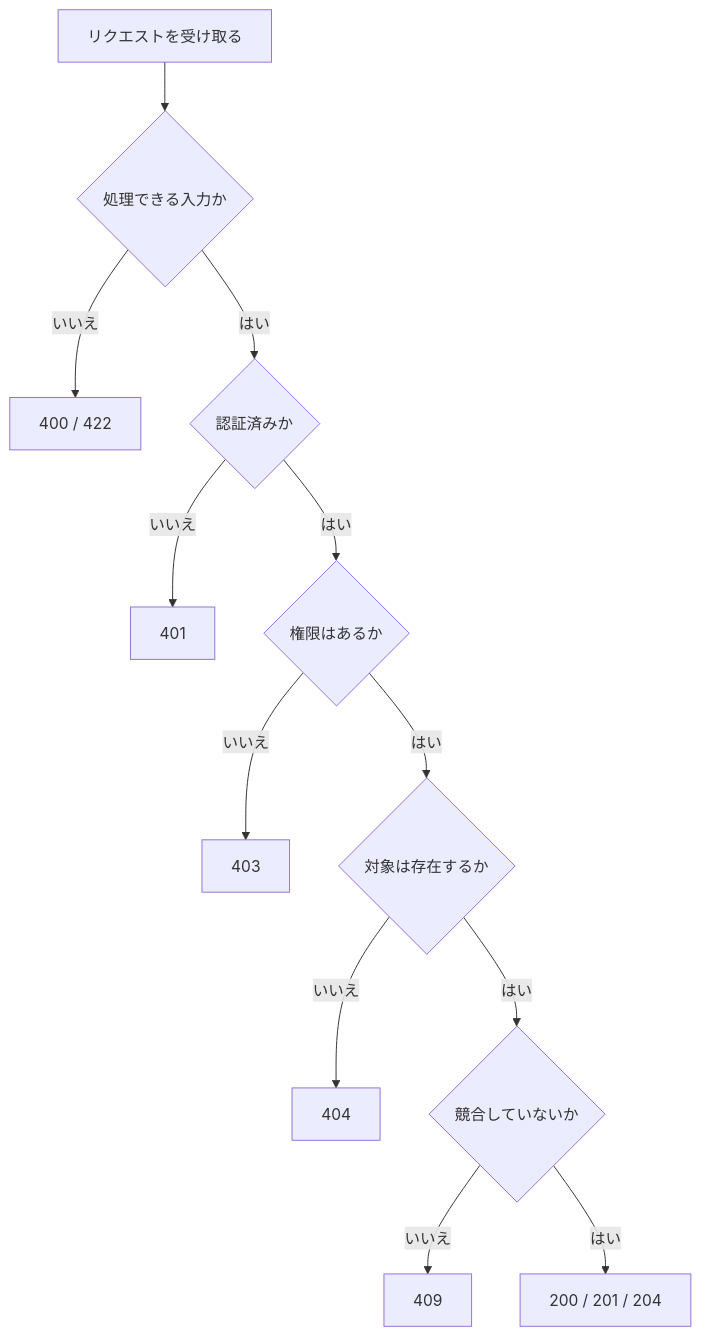
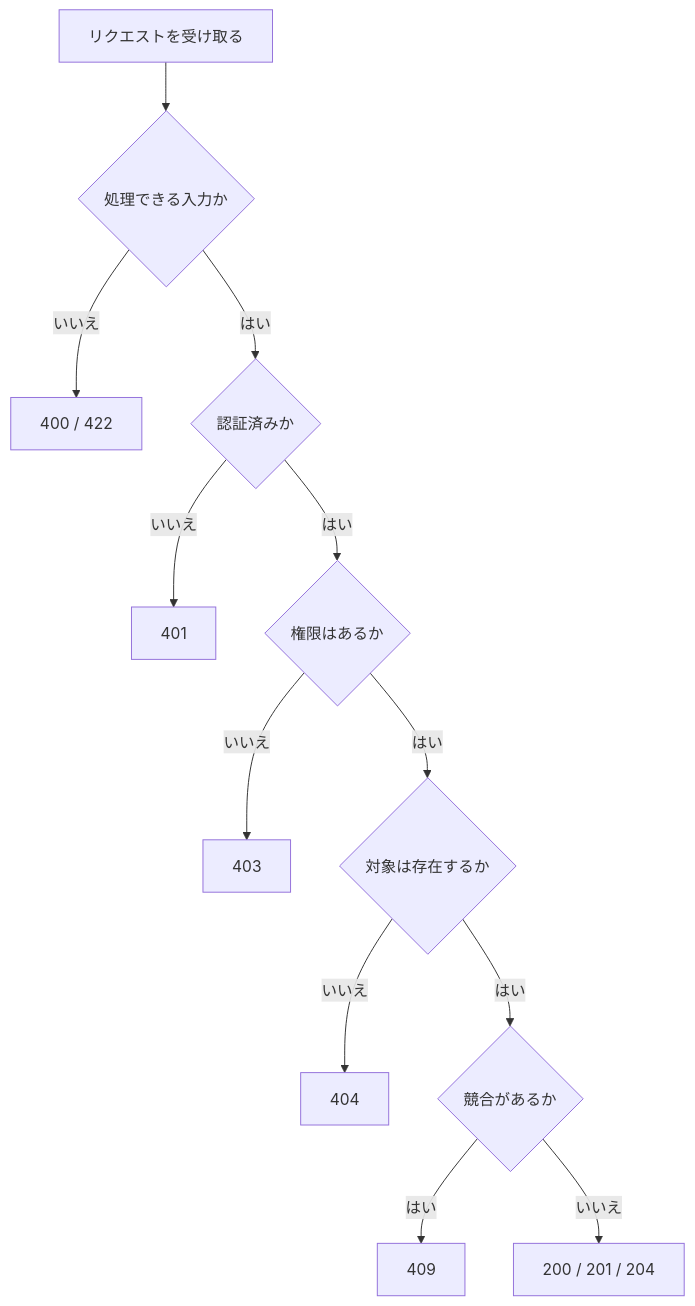
One commit to t-shirayama/aspnetcore-webapi-notes changed the diagram in docs/04_HTTP と REST/08_実務でよく使うステータスコード.md. Above: the diagram before and after it, drawn with Mermaid. The commit also changed 6 other files, not shown here.

````diff
--- a/docs/04_HTTP と REST/08_実務でよく使うステータスコード.md
+++ b/docs/04_HTTP と REST/08_実務でよく使うステータスコード.md
@@ -59,14 +59,14 @@
 ```mermaid
 flowchart TD
     A["リクエストを受け取る"] --> B{"処理できる入力か"}
     B -- "いいえ" --> C["400 / 422"]
     B -- "はい" --> D{"認証済みか"}
     D -- "いいえ" --> E["401"]
     D -- "はい" --> F{"権限はあるか"}
     F -- "いいえ" --> G["403"]
     F -- "はい" --> H{"対象は存在するか"}
     H -- "いいえ" --> I["404"]
-    H -- "はい" --> J{"競合していないか"}
-    J -- "いいえ" --> K["409"]
-    J -- "はい" --> L["200 / 201 / 204"]
+    H -- "はい" --> J{"競合があるか"}
+    J -- "はい" --> K["409"]
+    J -- "いいえ" --> L["200 / 201 / 204"]
 ```
````
